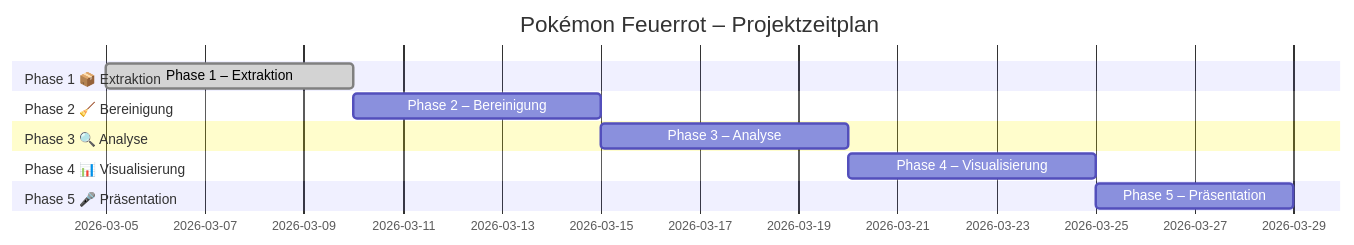
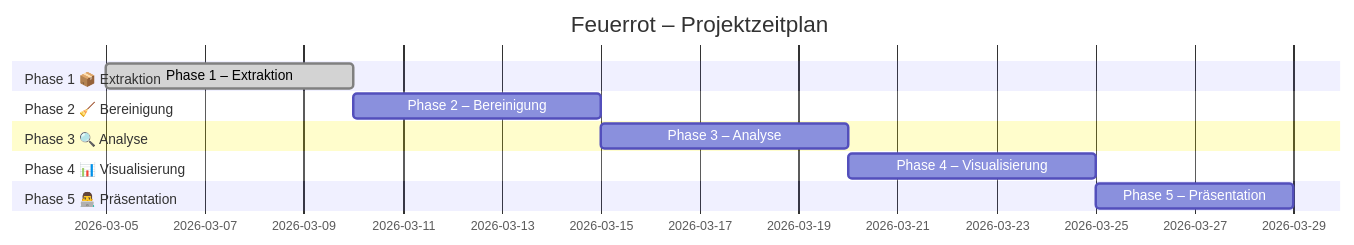
One commit to bytetastic/Pokemon_Firered_Analysis changed the diagram in README.md. Above: the diagram before and after it, drawn with Mermaid. The commit also changed other lines of this file, not shown here.

````diff
--- a/README.md
+++ b/README.md
@@ -141,19 +125,19 @@
 ```mermaid
 gantt
-    title Pokémon Feuerrot – Projektzeitplan
+    title Feuerrot – Projektzeitplan
     dateFormat  YYYY-MM-DD
     section Phase 1 📦 Extraktion
     Phase 1 – Extraktion     :done,    p1, 2026-03-05, 5d
 
     section Phase 2 🧹 Bereinigung
     Phase 2 – Bereinigung    :         p2, 2026-03-10, 5d
 
     section Phase 3 🔍 Analyse
     Phase 3 – Analyse        :         p3, 2026-03-15, 5d
 
     section Phase 4 📊 Visualisierung
     Phase 4 – Visualisierung :         p4, 2026-03-20, 5d
 
-    section Phase 5 🎤 Präsentation
+    section Phase 5 👨‍💻 Präsentation
     Phase 5 – Präsentation   :         p5, 2026-03-25, 4d
 ```
````
